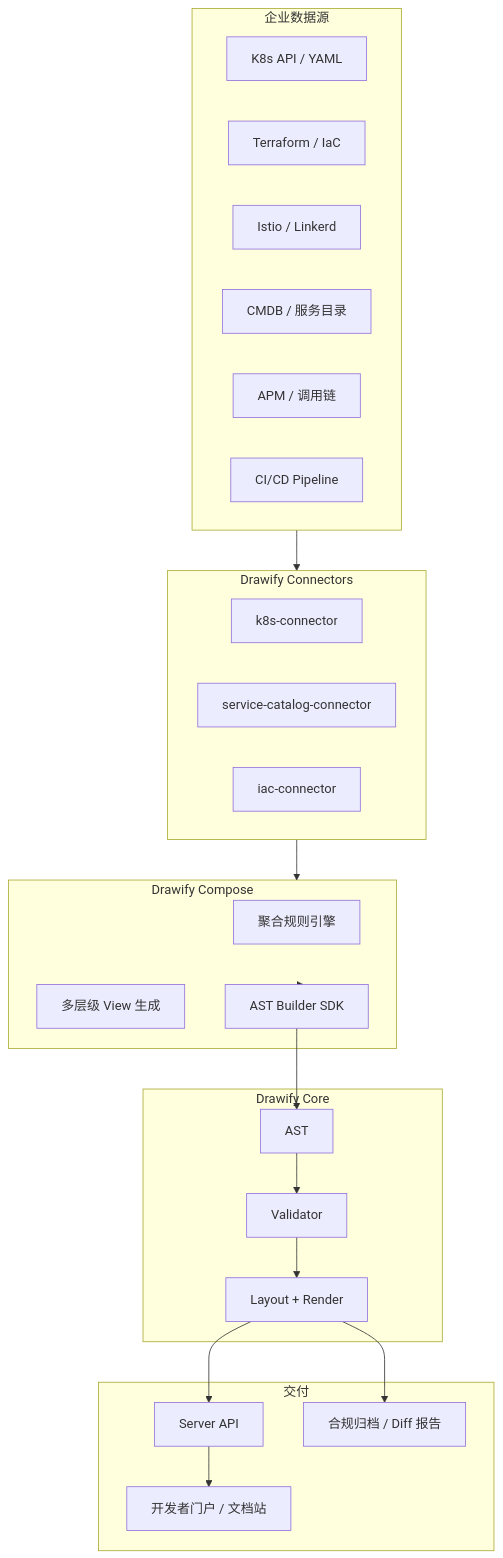
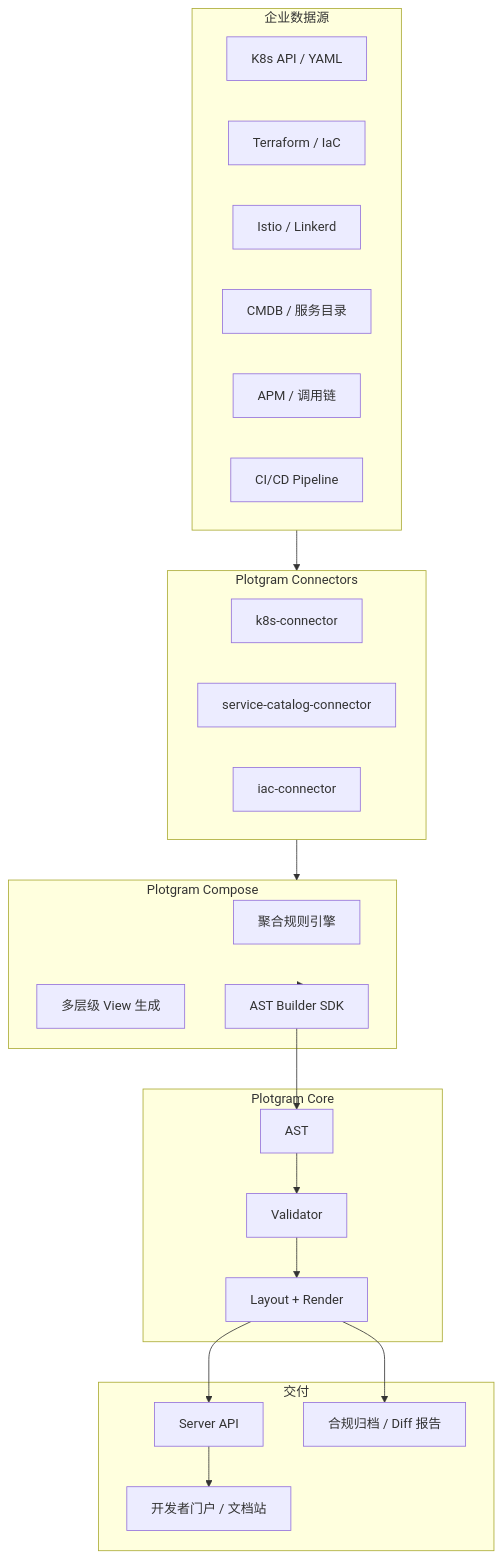
One commit to jimium/plotgram changed the first of 2 diagrams in docs/enterprise/scale-diagram-strategy.md. Above: the diagram before and after it, drawn with Mermaid. The commit also changed other lines of this file and 777 other files, not shown here.

````diff
--- a/docs/enterprise/scale-diagram-strategy.md
+++ b/docs/enterprise/scale-diagram-strategy.md
@@ -46,43 +46,43 @@
 ```mermaid
 flowchart TB
     subgraph sources ["企业数据源"]
         k8s["K8s API / YAML"]
         tf["Terraform / IaC"]
         mesh["Istio / Linkerd"]
         cmdb["CMDB / 服务目录"]
         apm["APM / 调用链"]
         cicd["CI/CD Pipeline"]
     end
 
-    subgraph connectors ["Drawify Connectors"]
+    subgraph connectors ["Plotgram Connectors"]
         k8s_c["k8s-connector"]
         svc_c["service-catalog-connector"]
         tf_c["iac-connector"]
     end
 
-    subgraph compose ["Drawify Compose"]
+    subgraph compose ["Plotgram Compose"]
         agg["聚合规则引擎"]
         views["多层级 View 生成"]
         builder["AST Builder SDK"]
     end
 
-    subgraph core ["Drawify Core"]
+    subgraph core ["Plotgram Core"]
         ast["AST"]
         validate["Validator"]
         layout["Layout + Render"]
     end
 
     subgraph delivery ["交付"]
         api["Server API"]
         portal["开发者门户 / 文档站"]
         compliance["合规归档 / Diff 报告"]
     end
 
     sources --> connectors
     connectors --> compose
     compose --> builder
     builder --> ast
     ast --> validate --> layout
     layout --> api --> portal
     layout --> compliance
 ```
````
